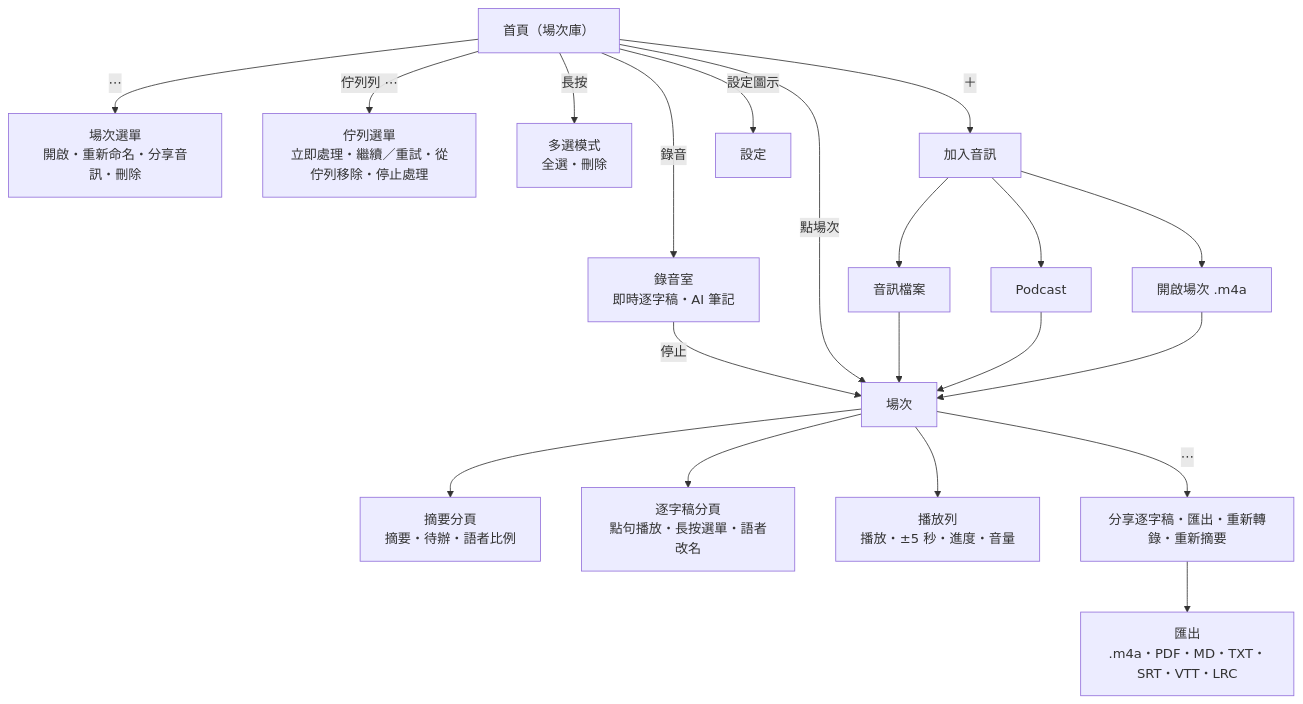
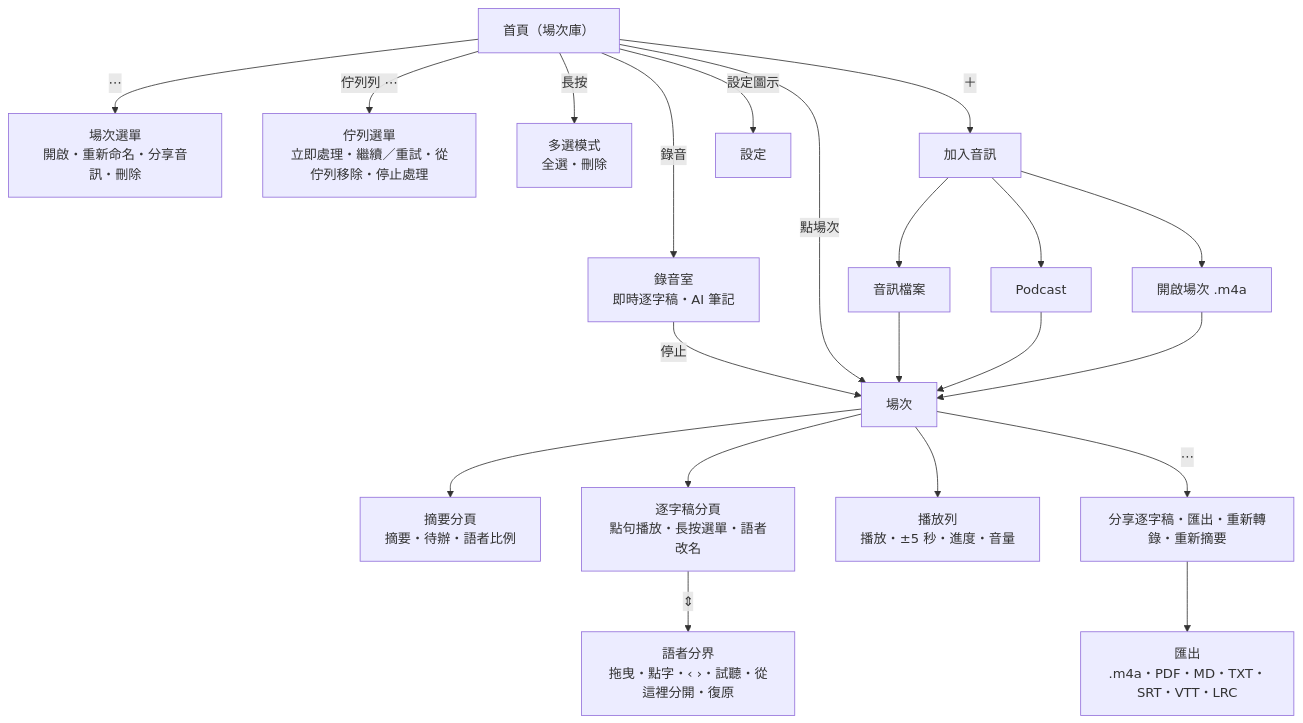
One commit to vieenrose/PrimeMinutes changed the diagram in docs/USER_GUIDE.md. Above: the diagram before and after it, drawn with Mermaid. The commit also changed other lines of this file and 24 other files, not shown here.

````diff
--- a/docs/USER_GUIDE.md
+++ b/docs/USER_GUIDE.md
@@ -13,23 +13,24 @@
 ```mermaid
 flowchart TD
     Home["首頁（場次庫）"]
     Home -->|"⋯"| RowMenu["場次選單<br/>開啟・重新命名・分享音訊・刪除"]
     Home -->|"佇列列 ⋯"| QueueMenu["佇列選單<br/>立即處理・繼續／重試・從佇列移除・停止處理"]
     Home -->|長按| Select["多選模式<br/>全選・刪除"]
     Home -->|＋| Add["加入音訊"]
     Add --> File["音訊檔案"]
     Add --> Podcast["Podcast"]
     Add --> Open["開啟場次 .m4a"]
     Home -->|設定圖示| Settings["設定"]
     Home -->|錄音| Booth["錄音室<br/>即時逐字稿・AI 筆記"]
     Booth -->|停止| Session
     Home -->|點場次| Session["場次"]
     File --> Session
     Podcast --> Session
     Open --> Session
     Session --> Summary["摘要分頁<br/>摘要・待辦・語者比例"]
     Session --> Transcript["逐字稿分頁<br/>點句播放・長按選單・語者改名"]
+    Transcript -->|"⇕"| Boundary["語者分界<br/>拖曳・點字・‹ ›・試聽・從這裡分開・復原"]
     Session --> Player["播放列<br/>播放・±5 秒・進度・音量"]
     Session -->|"⋯"| More["分享逐字稿・匯出・重新轉錄・重新摘要"]
     More --> Export["匯出<br/>.m4a・PDF・MD・TXT・SRT・VTT・LRC"]
 ```
````
